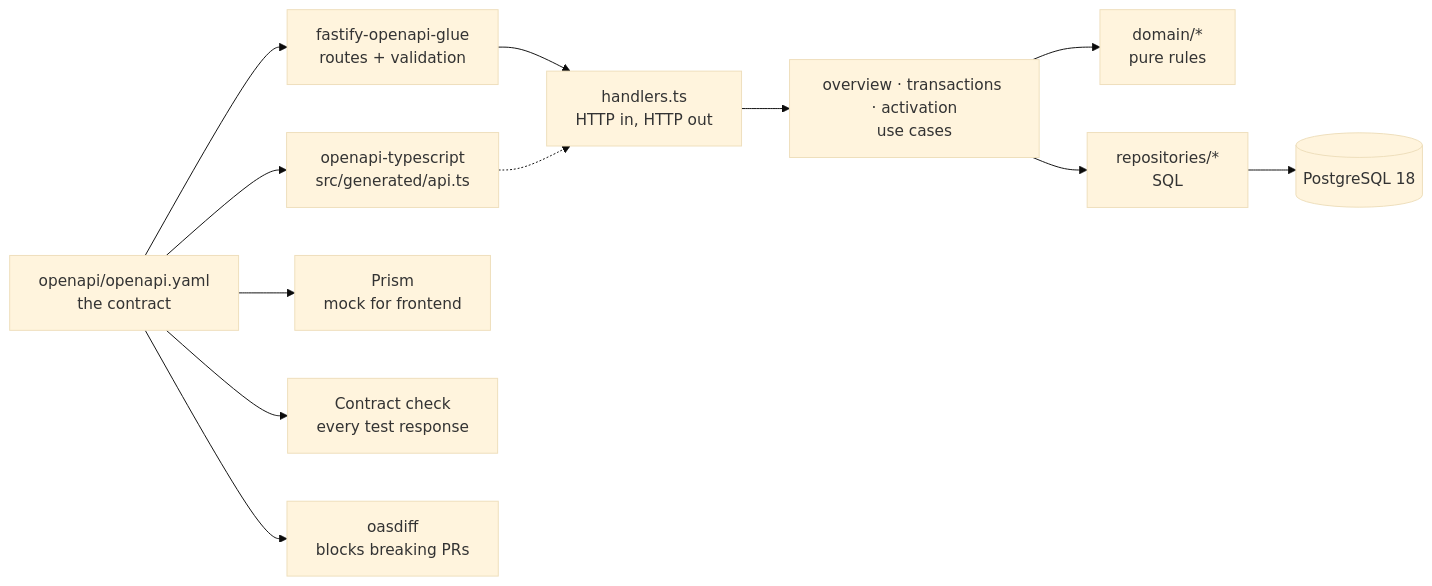
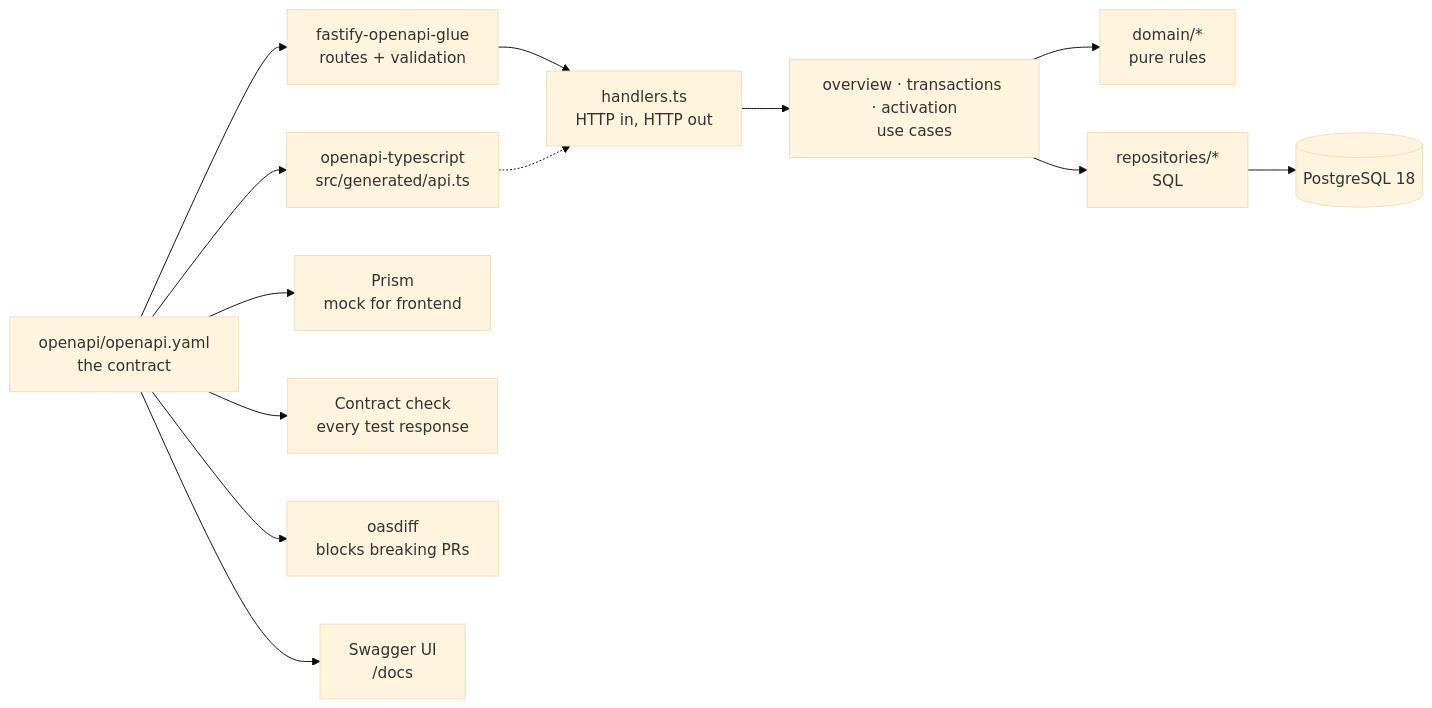
Before and after one commit to maxaakre/qred-case: the first of 4 diagrams in README.md, drawn with Mermaid (base theme). The commit also changed other lines of this file and 4 other files, not shown here.

````diff
--- a/README.md
+++ b/README.md
@@ -75,16 +77,17 @@
 ```mermaid
 flowchart LR
     spec["openapi/openapi.yaml<br/>the contract"]
     spec --> glue["fastify-openapi-glue<br/>routes + validation"]
     spec --> types["openapi-typescript<br/>src/generated/api.ts"]
     spec --> prism["Prism<br/>mock for frontend"]
     spec --> check["Contract check<br/>every test response"]
     spec --> oasdiff["oasdiff<br/>blocks breaking PRs"]
+    spec --> docs["Swagger UI<br/>/docs"]
 
     glue --> handlers["handlers.ts<br/>HTTP in, HTTP out"]
     types -.-> handlers
     handlers --> services["overview · transactions · activation<br/>use cases"]
     services --> domain["domain/*<br/>pure rules"]
     services --> repos["repositories/*<br/>SQL"]
     repos --> db[("PostgreSQL 18")]
 ```
````
